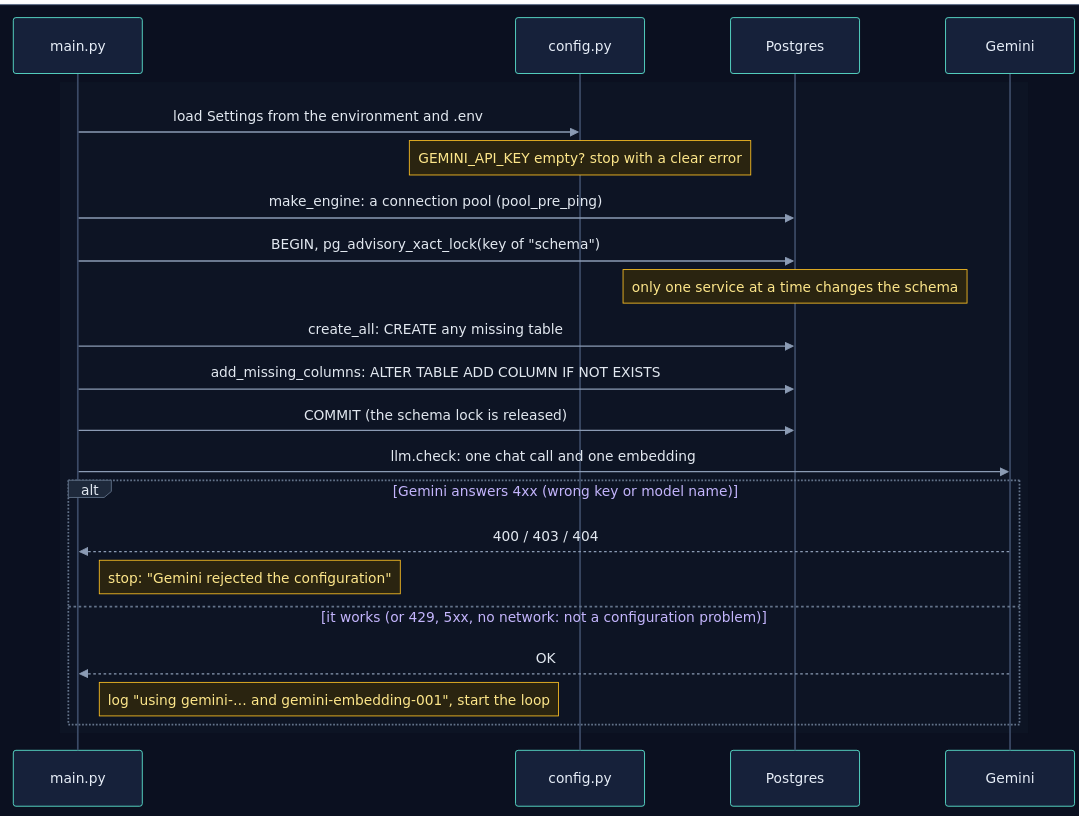
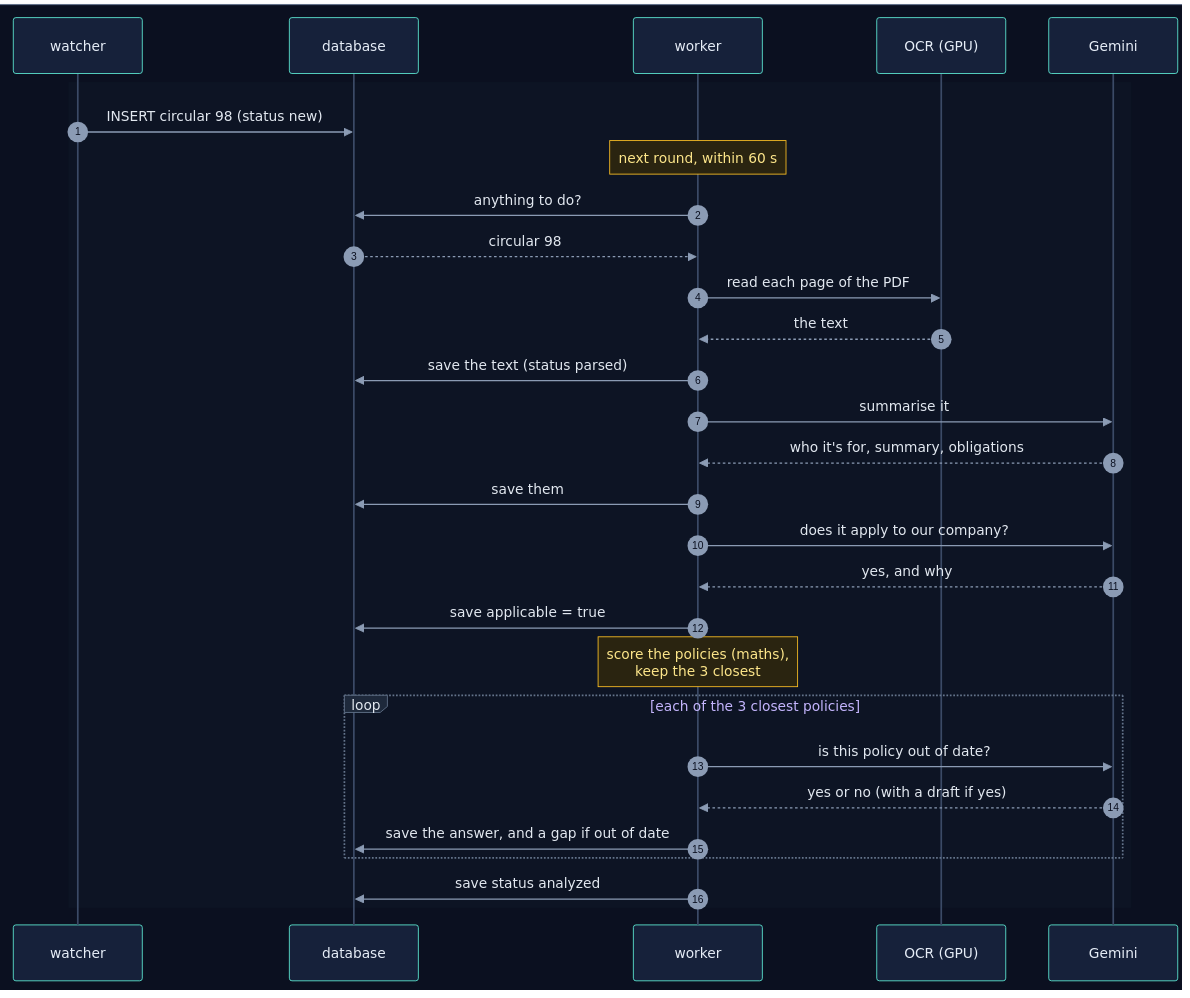
One commit to selvakumarperumal/Regulatory_Circular_Impact_Agent changed the third of 12 diagrams in how_the_worker_works.md. Above: the diagram before and after it, drawn with Mermaid. The commit also changed other lines of this file and 4 other files, not shown here.

````diff
--- a/how_the_worker_works.md
+++ b/how_the_worker_works.md
@@ -152,29 +112,35 @@
 ```mermaid
 %%{init: {"theme": "base", "sequence": {"diagramMarginX": 0, "diagramMarginY": 0}, "themeVariables": {"darkMode": true, "primaryColor": "#16213a", "primaryTextColor": "#e6edf7", "primaryBorderColor": "#475a7a", "lineColor": "#8b9bb4", "secondaryColor": "#1b2436", "tertiaryColor": "#101a2e", "edgeLabelBackground": "#0f172a", "textColor": "#e2e8f0", "actorBkg": "#16213a", "actorBorder": "#5eead4", "actorTextColor": "#e6edf7", "actorLineColor": "#3b4a66", "signalColor": "#8b9bb4", "signalTextColor": "#e2e8f0", "noteBkgColor": "#2a2410", "noteBorderColor": "#fbbf24", "noteTextColor": "#fde68a", "labelBoxBkgColor": "#1e293b", "labelBoxBorderColor": "#64748b", "labelTextColor": "#e2e8f0", "loopTextColor": "#c4b5fd", "sequenceNumberColor": "#0b1020", "activationBkgColor": "#1e293b"}}}%%
 sequenceDiagram
+    autonumber
     box rgb(11, 16, 32)
-        participant M as main.py
-        participant C as config.py
-        participant PG as Postgres
+        participant W as watcher
+        participant DB as database
+        participant K as worker
+        participant O as OCR (GPU)
         participant G as Gemini
     end
 
     rect rgb(13, 20, 36)
-        M->>C: load Settings from the environment and .env
-        Note over C: GEMINI_API_KEY empty? stop with a clear error
-        M->>PG: make_engine: a connection pool (pool_pre_ping)
-        M->>PG: BEGIN, pg_advisory_xact_lock(key of "schema")
-        Note over PG: only one service at a time changes the schema
-        M->>PG: create_all: CREATE any missing table
-        M->>PG: add_missing_columns: ALTER TABLE ADD COLUMN IF NOT EXISTS
-        M->>PG: COMMIT (the schema lock is released)
-        M->>G: llm.check: one chat call and one embedding
-        alt Gemini answers 4xx (wrong key or model name)
-            G-->>M: 400 / 403 / 404
-            Note right of M: stop: "Gemini rejected the configuration"
-        else it works (or 429, 5xx, no network: not a configuration problem)
-            G-->>M: OK
-            Note right of M: log "using gemini-… and gemini-embedding-001", start the loop
+        W->>DB: INSERT circular 98 (status new)
+        Note over K: next round, within 60 s
+        K->>DB: anything to do?
+        DB-->>K: circular 98
+        K->>O: read each page of the PDF
+        O-->>K: the text
+        K->>DB: save the text (status parsed)
+        K->>G: summarise it
+        G-->>K: who it's for, summary, obligations
+        K->>DB: save them
+        K->>G: does it apply to our company?
+        G-->>K: yes, and why
+        K->>DB: save applicable = true
+        Note over K: score the policies (maths),<br/>keep the 3 closest
+        loop each of the 3 closest policies
+            K->>G: is this policy out of date?
+            G-->>K: yes or no (with a draft if yes)
+            K->>DB: save the answer, and a gap if out of date
         end
+        K->>DB: save status analyzed
     end
 ```
````
